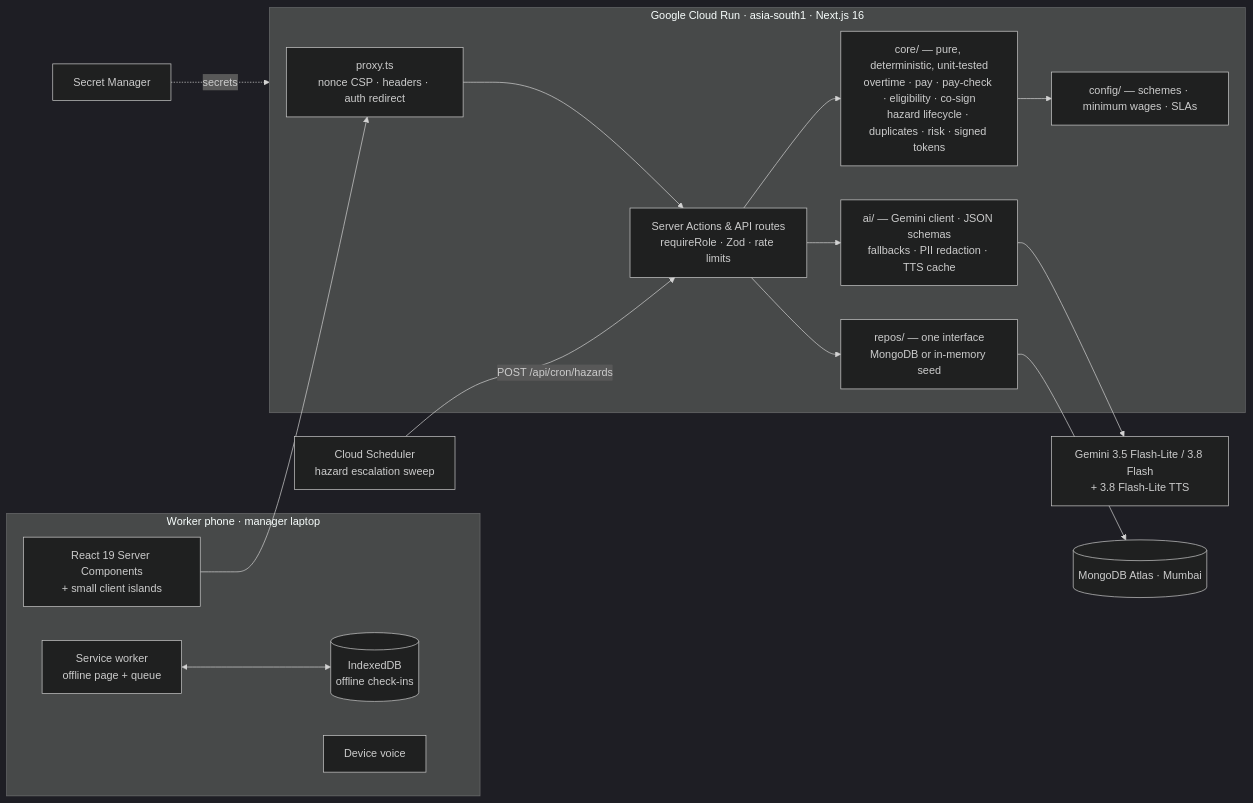
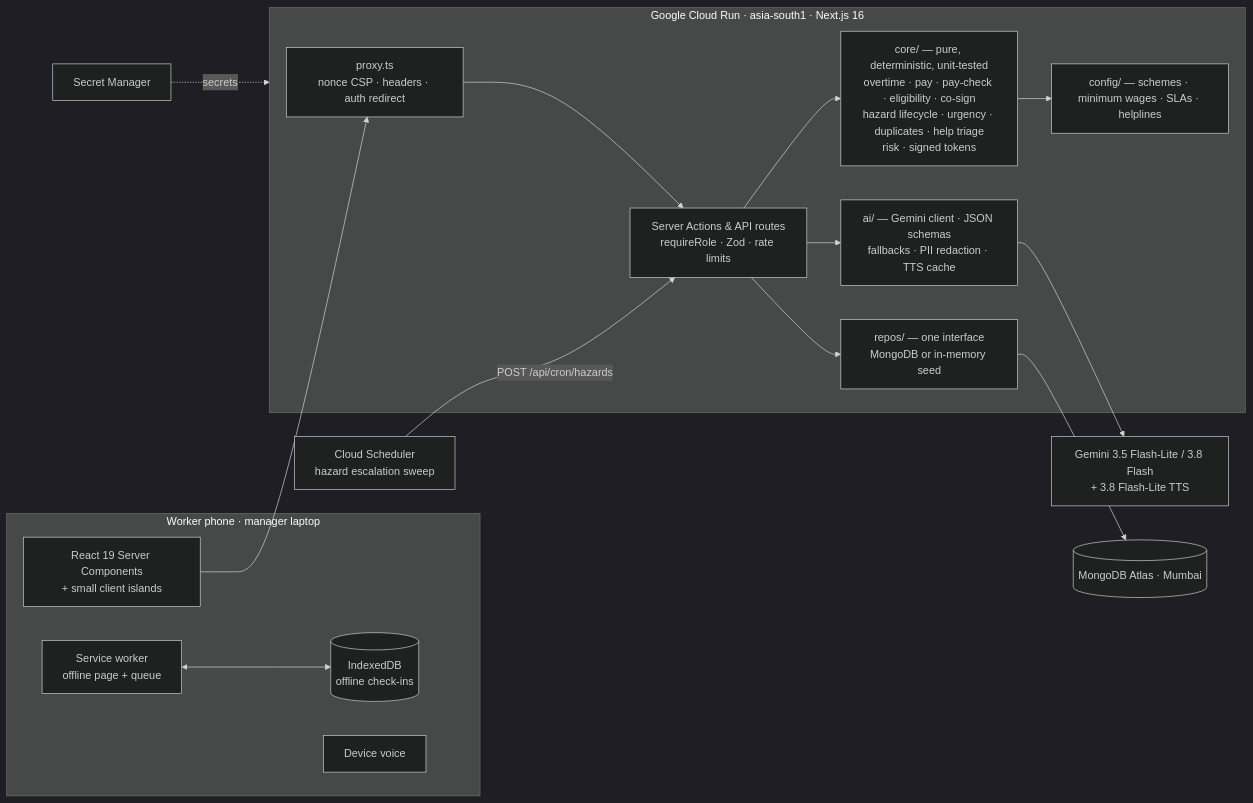
The diagram in README.md (amanmaskara04/fairshift), drawn with Mermaid (dark theme) before and after one commit. The commit also changed other lines of this file and 13 other files, not shown here.

````diff
--- a/README.md
+++ b/README.md
@@ -67,32 +92,32 @@
 ```mermaid
 flowchart LR
     subgraph Phone["Worker phone · manager laptop"]
         UI["React 19 Server Components<br/>+ small client islands"]
         SW["Service worker<br/>offline page + queue"]
         IDB[("IndexedDB<br/>offline check-ins")]
         TTS1["Device voice"]
     end
 
     subgraph Run["Google Cloud Run · asia-south1 · Next.js 16"]
         PX["proxy.ts<br/>nonce CSP · headers · auth redirect"]
         SA["Server Actions & API routes<br/>requireRole · Zod · rate limits"]
-        CORE["core/ — pure, deterministic, unit-tested<br/>overtime · pay · pay-check · eligibility · co-sign<br/>hazard lifecycle · duplicates · risk · signed tokens"]
-        CFG["config/ — schemes · minimum wages · SLAs"]
+        CORE["core/ — pure, deterministic, unit-tested<br/>overtime · pay · pay-check · eligibility · co-sign<br/>hazard lifecycle · urgency · duplicates · help triage<br/>risk · signed tokens"]
+        CFG["config/ — schemes · minimum wages · SLAs · helplines"]
         AI["ai/ — Gemini client · JSON schemas<br/>fallbacks · PII redaction · TTS cache"]
         REPO["repos/ — one interface<br/>MongoDB or in-memory seed"]
     end
 
     GEM["Gemini 3.5 Flash-Lite / 3.8 Flash<br/>+ 3.8 Flash-Lite TTS"]
     DB[("MongoDB Atlas · Mumbai")]
     SM["Secret Manager"]
     SCH["Cloud Scheduler<br/>hazard escalation sweep"]
 
     UI --> PX --> SA
     SW <--> IDB
     SA --> CORE
     CORE --> CFG
     SA --> AI --> GEM
     SA --> REPO --> DB
     SM -. secrets .-> Run
     SCH -- "POST /api/cron/hazards" --> SA
 ```
````
